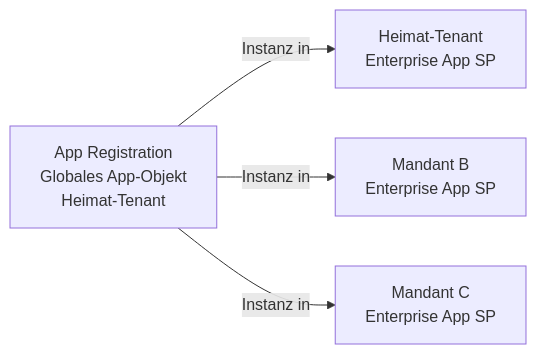
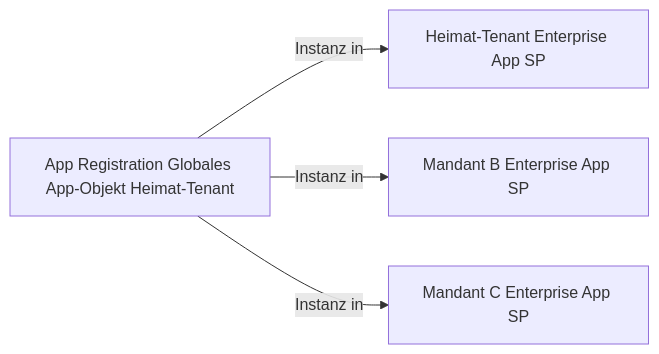
The second of 7 diagrams in Microsoft 365/Azure/Identität und Schlüssel/Microsoft Entra Workload ID.md (SoniiiT/notes-n-docs), drawn with Mermaid before and after one commit. The commit also changed other lines of this file and 124 other files, not shown here.

First line of the commit message:
fix: Entferne \n aus allen Mermaid-Diagrammen (125 Dateien)

````diff
--- a/Microsoft 365/Azure/Identität und Schlüssel/Microsoft Entra Workload ID.md
+++ b/Microsoft 365/Azure/Identität und Schlüssel/Microsoft Entra Workload ID.md
@@ -49,6 +49,6 @@
 ```mermaid
 graph LR
-    AR[App Registration\nGlobales App-Objekt\nHeimat-Tenant] -->|Instanz in| HOME[Heimat-Tenant\nEnterprise App SP]
-    AR -->|Instanz in| TENANT2[Mandant B\nEnterprise App SP]
-    AR -->|Instanz in| TENANT3[Mandant C\nEnterprise App SP]
+    AR[App Registration Globales App-Objekt Heimat-Tenant] -->|Instanz in| HOME[Heimat-Tenant Enterprise App SP]
+    AR -->|Instanz in| TENANT2[Mandant B Enterprise App SP]
+    AR -->|Instanz in| TENANT3[Mandant C Enterprise App SP]
 ```
````
